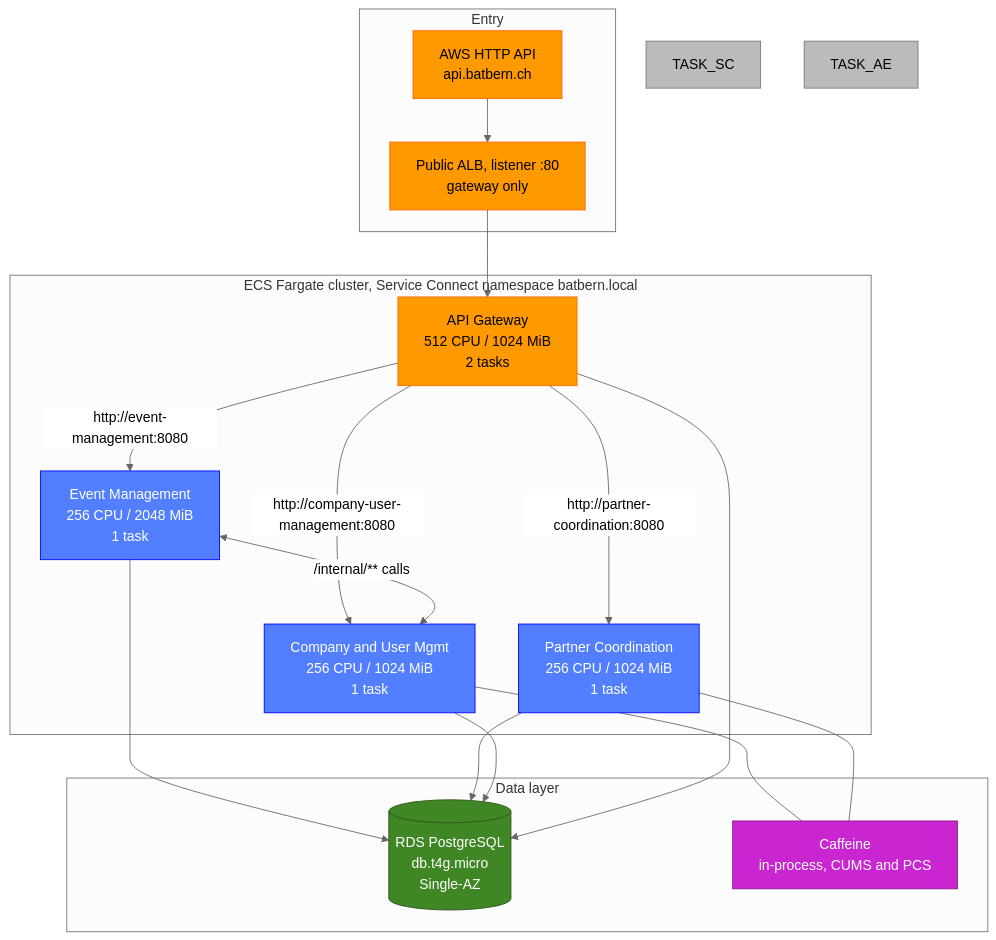
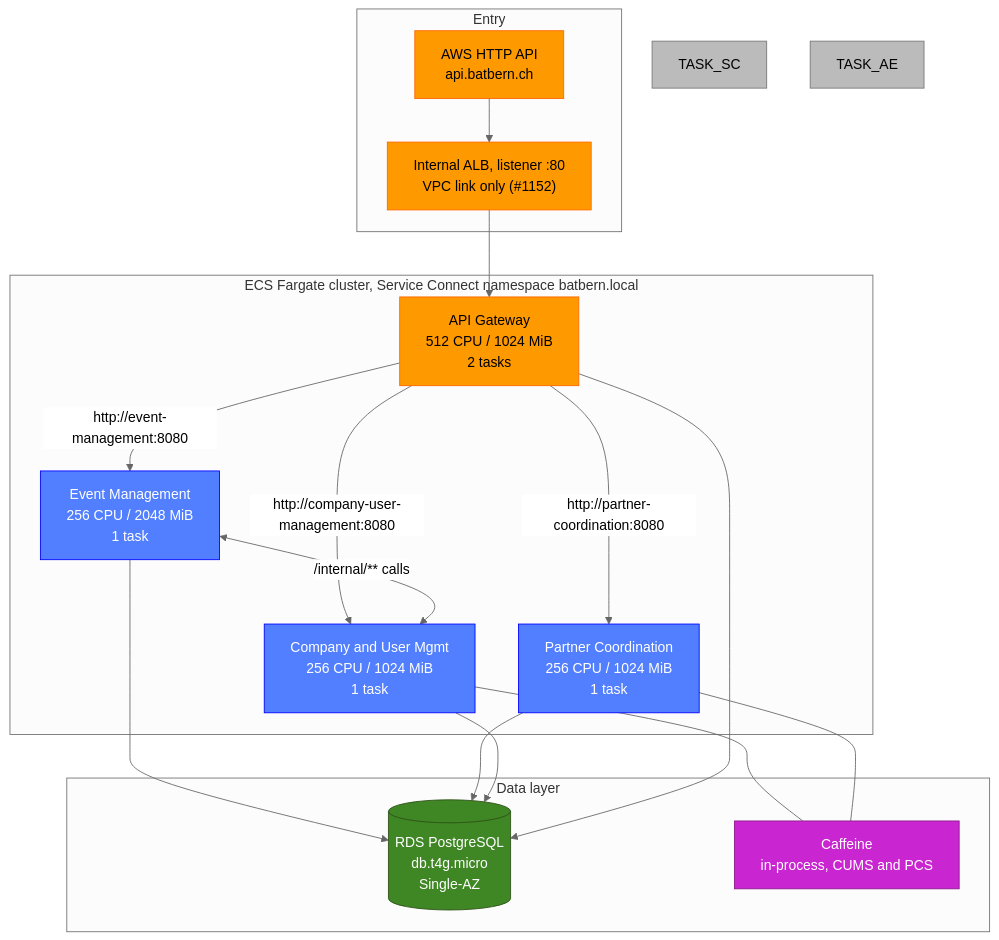
One commit to nissimbuchs/BATbern2 changed the sixth of 26 diagrams in docs/architecture/02-infrastructure-deployment.md. Above: the diagram before and after it, drawn with Mermaid (neutral theme). The commit also changed other lines of this file and 6 other files, not shown here.

First line of the commit message:
Issue sweep epic 8 part 2: remove the gateway's public load balancer (#1329)

````diff
--- a/docs/architecture/02-infrastructure-deployment.md
+++ b/docs/architecture/02-infrastructure-deployment.md
@@ -277,38 +277,38 @@
 ```mermaid
 graph TB
     subgraph EDGE["Entry"]
         HTTPAPI["AWS HTTP API<br/>api.batbern.ch"]
-        ALB_PUB["Public ALB, listener :80<br/>gateway only"]
+        ALB_PUB["Internal ALB, listener :80<br/>VPC link only (#1152)"]
     end
 
     subgraph CLUSTER["ECS Fargate cluster, Service Connect namespace batbern.local"]
         TASK_GW["API Gateway<br/>512 CPU / 1024 MiB<br/>2 tasks"]
         TASK_EM["Event Management<br/>256 CPU / 2048 MiB<br/>1 task"]
         TASK_CM["Company and User Mgmt<br/>256 CPU / 1024 MiB<br/>1 task"]
         TASK_PC["Partner Coordination<br/>256 CPU / 1024 MiB<br/>1 task"]
     end
 
     subgraph DATA["Data layer"]
         RDS[("RDS PostgreSQL<br/>db.t4g.micro<br/>Single-AZ")]
         CACHE["Caffeine<br/>in-process, CUMS and PCS"]
     end
 
     HTTPAPI --> ALB_PUB --> TASK_GW
     TASK_GW -->|"http://event-management:8080"| TASK_EM
     TASK_GW -->|"http://company-user-management:8080"| TASK_CM
     TASK_GW -->|"http://partner-coordination:8080"| TASK_PC
     TASK_EM <-->|"/internal/** calls"| TASK_CM
     TASK_EM & TASK_PC & TASK_CM & TASK_GW --> RDS
     TASK_CM & TASK_PC --- CACHE
 
     style ALB_PUB fill:#FF9900,stroke:#FF6600,color:#000
     style HTTPAPI fill:#FF9900,stroke:#FF6600,color:#000
     style TASK_GW fill:#FF9900,stroke:#FF6600,color:#000
     style TASK_EM fill:#527FFF,stroke:#0000FF,color:#fff
     style TASK_CM fill:#527FFF,stroke:#0000FF,color:#fff
     style TASK_PC fill:#527FFF,stroke:#0000FF,color:#fff
     style TASK_SC fill:#BBBBBB,stroke:#777777,color:#000
     style TASK_AE fill:#BBBBBB,stroke:#777777,color:#000
     style RDS fill:#3F8624,stroke:#2D5016,color:#fff
     style CACHE fill:#C925D1,stroke:#8B1A8B,color:#fff
 ```
````
